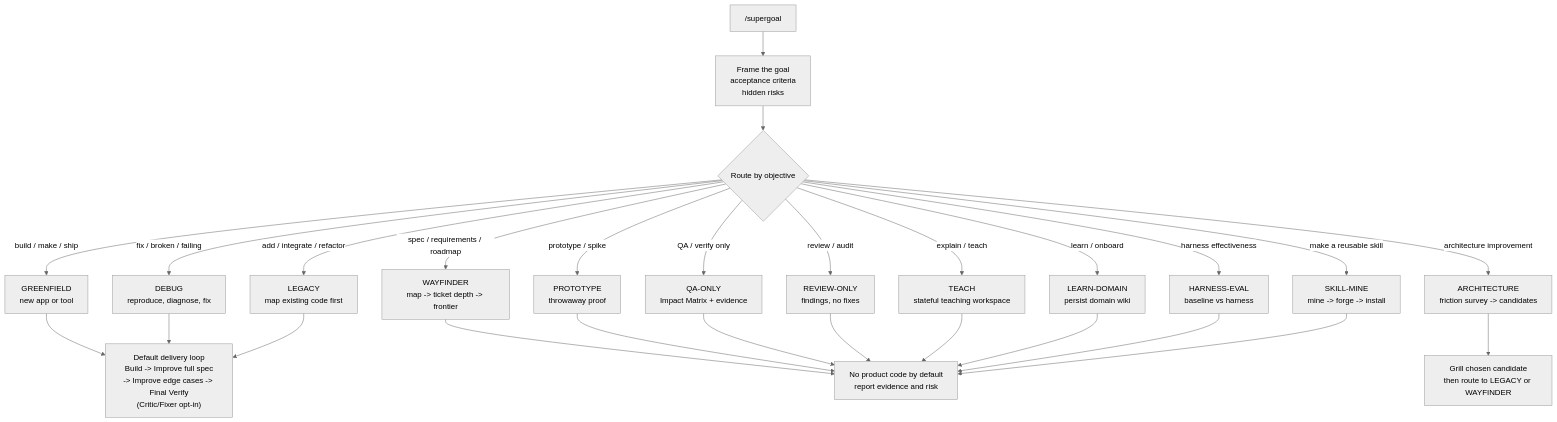
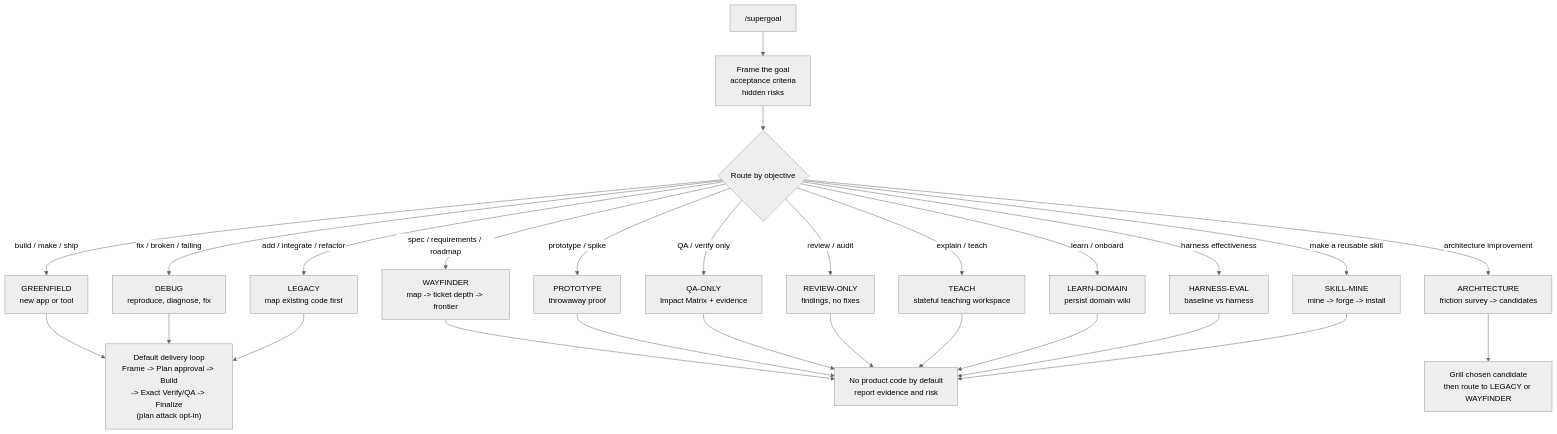
One commit to cskwork/supergoal-skill changed the diagram in README.md. Above: the diagram before and after it, drawn with Mermaid (neutral theme). The commit also changed other lines of this file and 22 other files, not shown here.

````diff
--- a/README.md
+++ b/README.md
@@ -69,33 +73,33 @@
 ```mermaid
 flowchart TD
     A["/supergoal <one heavy objective>"] --> B["Frame the goal<br/>acceptance criteria<br/>hidden risks"]
     B --> C{"Route by objective"}
 
     C -->|"build / make / ship"| GREENFIELD["GREENFIELD<br/>new app or tool"]
     C -->|"fix / broken / failing"| DEBUG["DEBUG<br/>reproduce, diagnose, fix"]
     C -->|"add / integrate / refactor"| LEGACY["LEGACY<br/>map existing code first"]
     C -->|"spec / requirements / roadmap"| WAYFINDER["WAYFINDER<br/>map -> ticket depth -> frontier"]
     C -->|"prototype / spike"| PROTOTYPE["PROTOTYPE<br/>throwaway proof"]
     C -->|"QA / verify only"| QAONLY["QA-ONLY<br/>Impact Matrix + evidence"]
     C -->|"review / audit"| REVIEW["REVIEW-ONLY<br/>findings, no fixes"]
     C -->|"architecture improvement"| ARCHITECTURE["ARCHITECTURE<br/>friction survey -> candidates"]
     C -->|"explain / teach"| TEACH["TEACH<br/>stateful teaching workspace"]
     C -->|"learn / onboard"| LEARN["LEARN-DOMAIN<br/>persist domain wiki"]
     C -->|"harness effectiveness"| HARNESS["HARNESS-EVAL<br/>baseline vs harness"]
     C -->|"make a reusable skill"| SKILLMINE["SKILL-MINE<br/>mine -> forge -> install"]
 
-    GREENFIELD --> LOOP["Default delivery loop<br/>Build -> Improve full spec<br/>-> Improve edge cases -> Final Verify<br/>(Critic/Fixer opt-in)"]
+    GREENFIELD --> LOOP["Default delivery loop<br/>Frame -> Plan approval -> Build<br/>-> Exact Verify/QA -> Finalize<br/>(plan attack opt-in)"]
     DEBUG --> LOOP
     LEGACY --> LOOP
 
     WAYFINDER --> REPORT
     PROTOTYPE --> REPORT
     ARCHITECTURE --> PICK["Grill chosen candidate<br/>then route to LEGACY or WAYFINDER"]
 
     QAONLY --> REPORT["No product code by default<br/>report evidence and risk"]
     REVIEW --> REPORT
     TEACH --> REPORT
     LEARN --> REPORT
     HARNESS --> REPORT
     SKILLMINE --> REPORT
 ```
````
